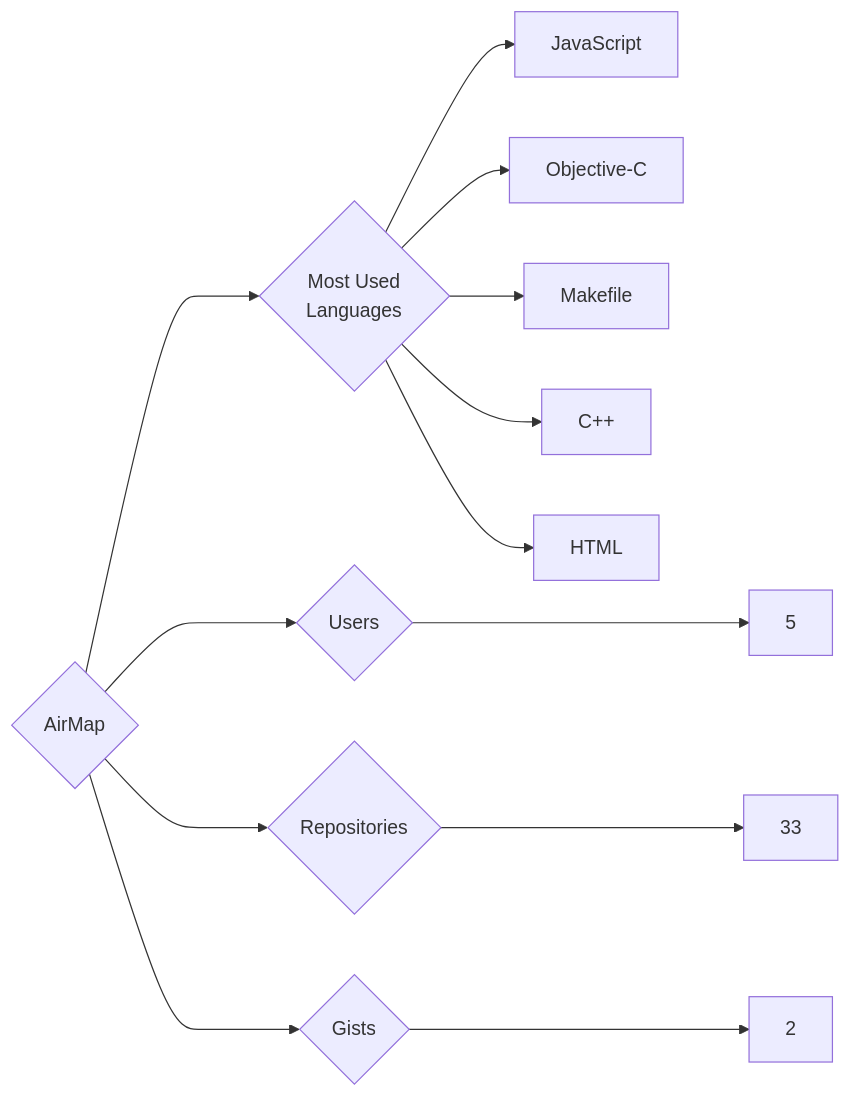
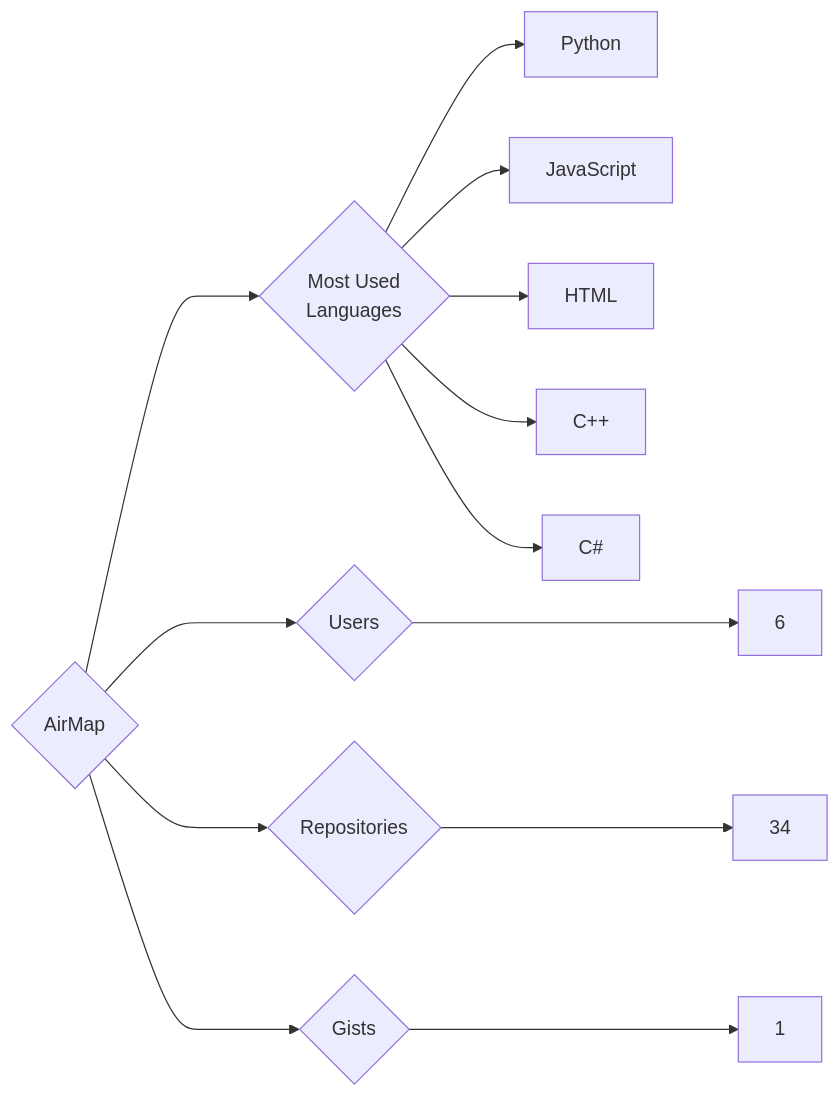
The diagram in targets/AirMap/README.md (trickest/insiders), drawn with Mermaid before and after one commit. The commit also changed 912 other files, not shown here.

````diff
--- a/targets/AirMap/README.md
+++ b/targets/AirMap/README.md
@@ -3,13 +3,13 @@
 ```mermaid
 graph LR
 COMPANY_NAME{AirMap}
-COMPANY_NAME ---> U{Users} ---> UN[5]
-COMPANY_NAME ---> R{Repositories} ---> RN[33]
-COMPANY_NAME ---> G{Gists} ---> GN[2]
+COMPANY_NAME ---> U{Users} ---> UN[6]
+COMPANY_NAME ---> R{Repositories} ---> RN[34]
+COMPANY_NAME ---> G{Gists} ---> GN[1]
 COMPANY_NAME ---> ML{Most Used<br>Languages}
+ML --> Python[Python]
 ML --> JavaScript[JavaScript]
-ML --> Objective-C[Objective-C]
-ML --> Makefile[Makefile]
+ML --> HTML[HTML]
 ML --> C++[C++]
-ML --> HTML[HTML]
+ML --> C#[C#]
 ```
````
